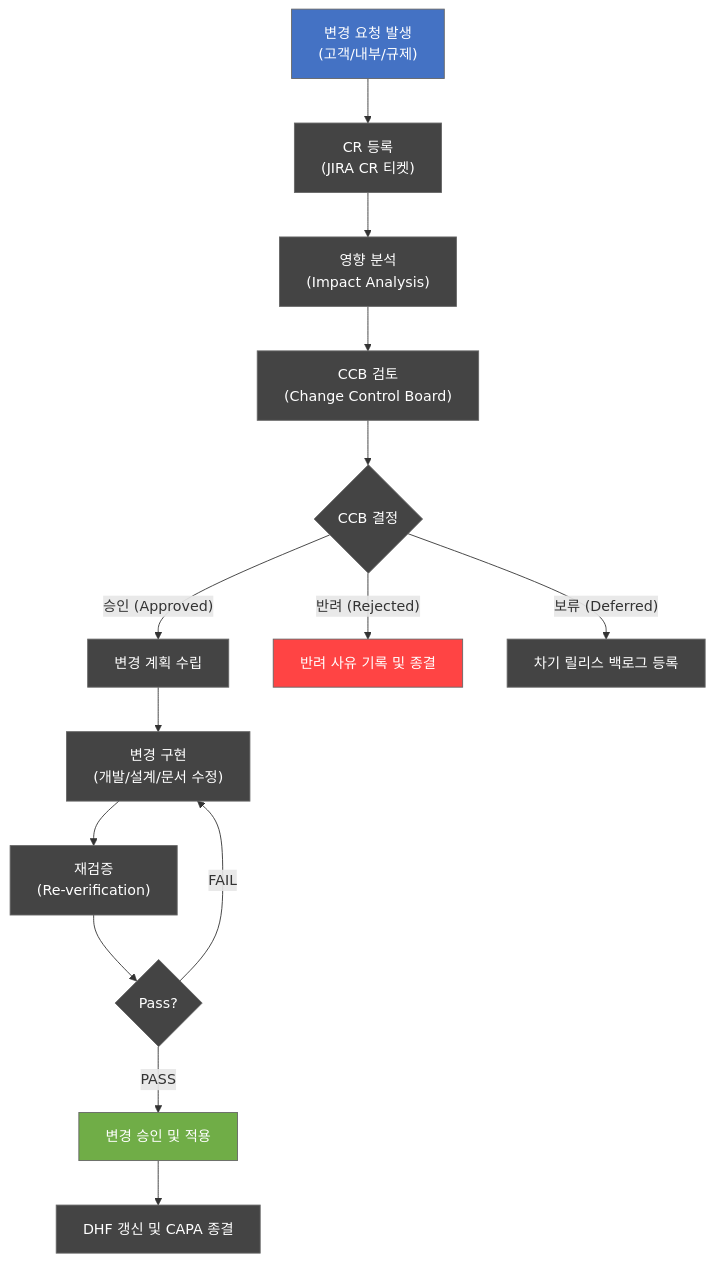
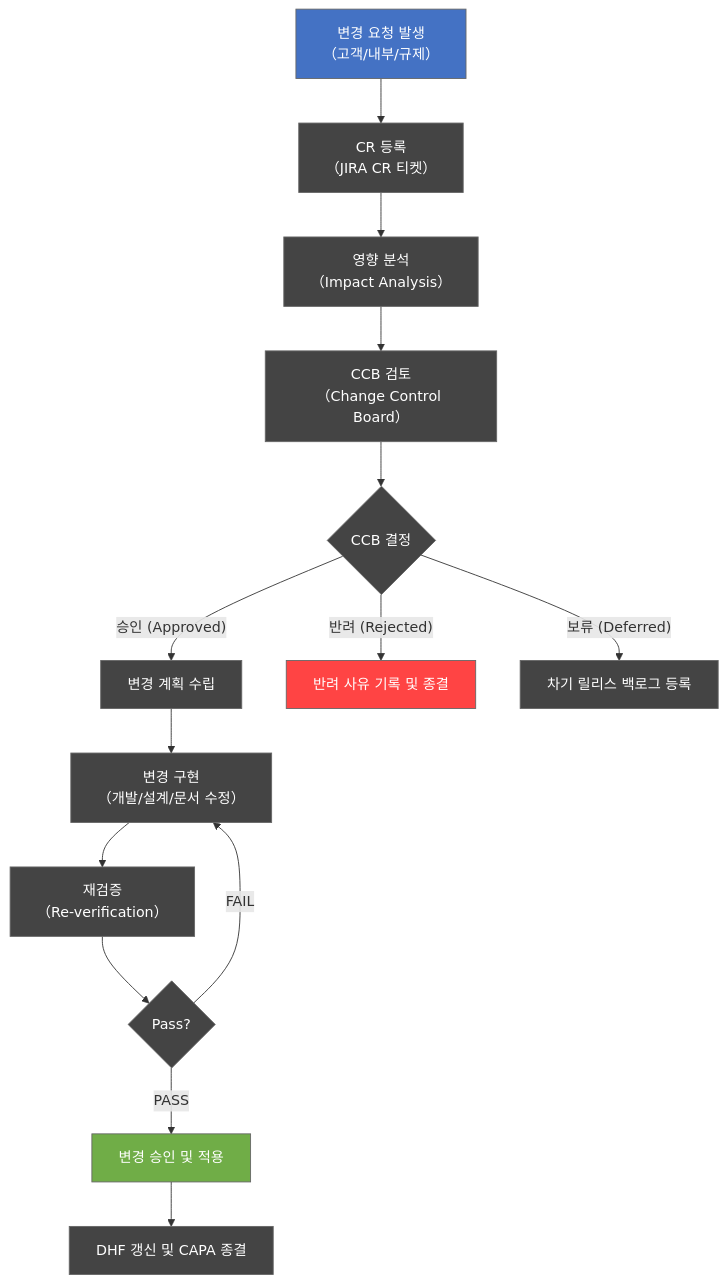
Diagram 13 of 13 in docs/management/DOC-003_SW_Development_Guideline_v1.0.md (holee9/console-gui), drawn with Mermaid before and after one commit. The commit also changed other lines of this file and 22 other files, not shown here.

First line of the commit message:
fix: Mermaid flowchart 노드 내 괄호 파싱 오류 전면 수정

````diff
--- a/docs/management/DOC-003_SW_Development_Guideline_v1.0.md
+++ b/docs/management/DOC-003_SW_Development_Guideline_v1.0.md
@@ -1246,21 +1246,21 @@
 ```mermaid
 flowchart TD
     classDef default fill:#444,stroke:#666,color:#fff
-    A["변경 요청 발생<br/>(고객/내부/규제)"] --> B["CR 등록<br/>(JIRA CR 티켓)"]
-    B --> C["영향 분석<br/>(Impact Analysis)"]
-    C --> D["CCB 검토<br/>(Change Control Board)"]
+    A["변경 요청 발생<br/>（고객/내부/규제）"] --> B["CR 등록<br/>（JIRA CR 티켓）"]
+    B --> C["영향 분석<br/>（Impact Analysis）"]
+    C --> D["CCB 검토<br/>（Change Control Board）"]
     D --> E{CCB 결정}
     E -->|"승인 (Approved)"| F["변경 계획 수립"]
     E -->|"반려 (Rejected)"| G["반려 사유 기록 및 종결"]
     E -->|"보류 (Deferred)"| H["차기 릴리스 백로그 등록"]
-    F --> I["변경 구현<br/>(개발/설계/문서 수정)"]
-    I --> J["재검증<br/>(Re-verification)"]
+    F --> I["변경 구현<br/>（개발/설계/문서 수정）"]
+    I --> J["재검증<br/>（Re-verification）"]
     J --> K{Pass?}
     K -->|"PASS"| L["변경 승인 및 적용"]
     K -->|"FAIL"| I
     L --> M["DHF 갱신 및 CAPA 종결"]
 
     style A fill:#4472C4,color:#fff
     style L fill:#70AD47,color:#fff
     style G fill:#FF4444,color:#fff
 ```
````
